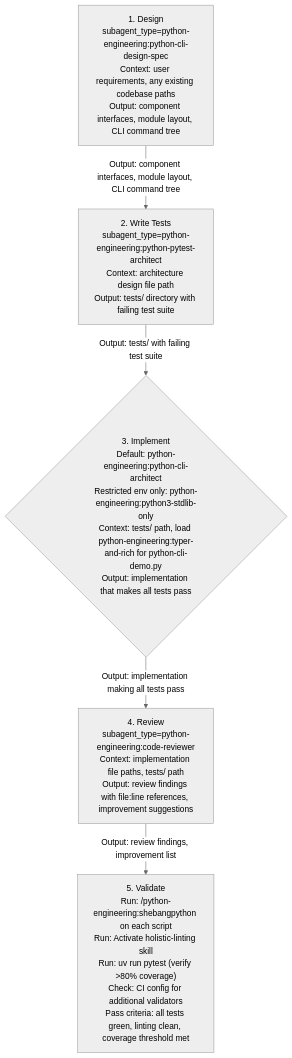
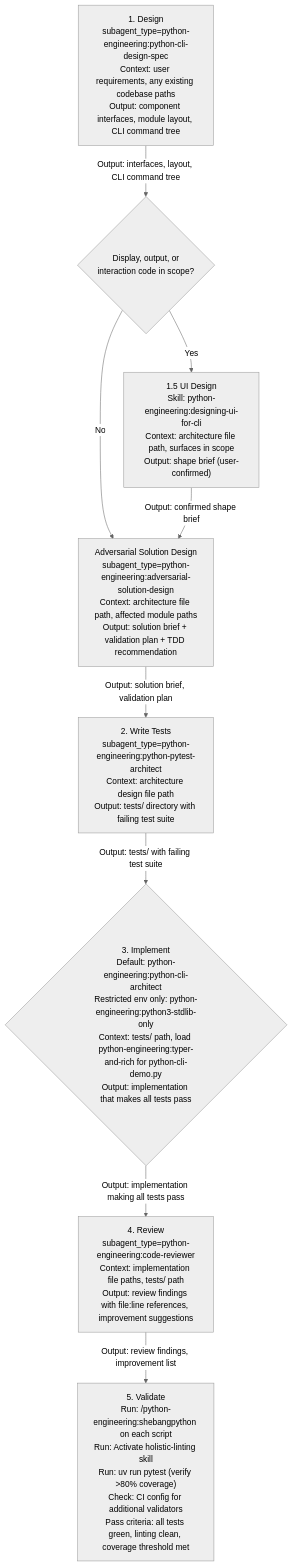
One commit to chgreer1070/claude_skills changed the first of 6 diagrams in plugins/python-engineering/skills/orchestrating-python-development/SKILL.md. Above: the diagram before and after it, drawn with Mermaid (neutral theme). The commit also changed other lines of this file and 4 other files, not shown here.

````diff
--- a/plugins/python-engineering/skills/orchestrating-python-development/SKILL.md
+++ b/plugins/python-engineering/skills/orchestrating-python-development/SKILL.md
@@ -45,12 +49,19 @@
 ```mermaid
 flowchart TD
     S1["1. Design<br>subagent_type=python-engineering:python-cli-design-spec<br>Context: user requirements, any existing codebase paths<br>Output: component interfaces, module layout, CLI command tree"]
     S2["2. Write Tests<br>subagent_type=python-engineering:python-pytest-architect<br>Context: architecture design file path<br>Output: tests/ directory with failing test suite"]
     S3{"3. Implement<br>Default: python-engineering:python-cli-architect<br>Restricted env only: python-engineering:python3-stdlib-only<br>Context: tests/ path, load python-engineering:typer-and-rich for python-cli-demo.py<br>Output: implementation that makes all tests pass"}
     S4["4. Review<br>subagent_type=python-engineering:code-reviewer<br>Context: implementation file paths, tests/ path<br>Output: review findings with file:line references, improvement suggestions"]
     S5["5. Validate<br>Run: /python-engineering:shebangpython on each script<br>Run: Activate holistic-linting skill<br>Run: uv run pytest (verify >80% coverage)<br>Check: CI config for additional validators<br>Pass criteria: all tests green, linting clean, coverage threshold met"]
-    S1 -->|"Output: component interfaces, module layout, CLI command tree"| S2
+    S1Q{"Display, output, or<br>interaction code in scope?"}
+    S1B["1.5 UI Design<br>Skill: python-engineering:designing-ui-for-cli<br>Context: architecture file path, surfaces in scope<br>Output: shape brief (user-confirmed)"]
+    S1 -->|"Output: interfaces, layout, CLI command tree"| S1Q
+    S_AD["Adversarial Solution Design<br>subagent_type=python-engineering:adversarial-solution-design<br>Context: architecture file path, affected module paths<br>Output: solution brief + validation plan + TDD recommendation"]
+    S1Q -->|"No"| S_AD
+    S1Q -->|"Yes"| S1B
+    S1B -->|"Output: confirmed shape brief"| S_AD
+    S_AD -->|"Output: solution brief, validation plan"| S2
     S2 -->|"Output: tests/ with failing test suite"| S3
     S3 -->|"Output: implementation making all tests pass"| S4
     S4 -->|"Output: review findings, improvement list"| S5
 ```
````
